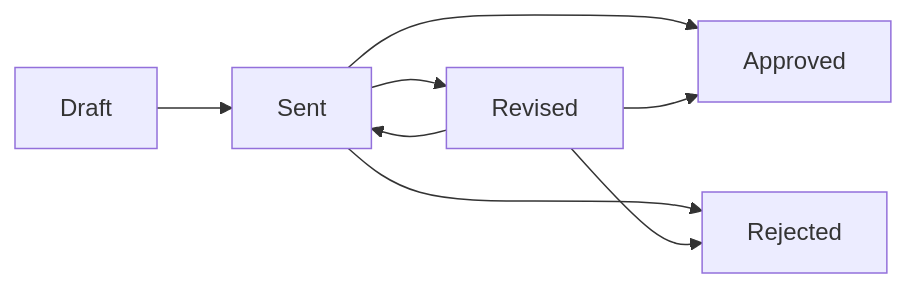
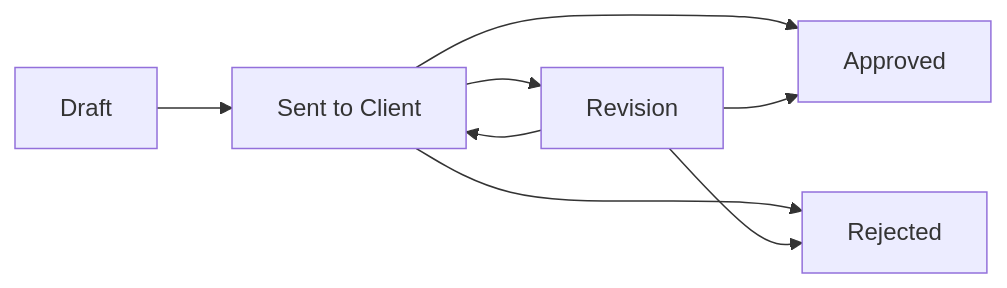
One commit to saharailal2020-code/ResearchAI changed the diagram in 11_Documentation/WF-001_Proposal_Workflow_MVP_v0.1.md. Above: the diagram before and after it, drawn with Mermaid. The commit also changed other lines of this file, not shown here.

````diff
--- a/11_Documentation/WF-001_Proposal_Workflow_MVP_v0.1.md
+++ b/11_Documentation/WF-001_Proposal_Workflow_MVP_v0.1.md
@@ -52,10 +54,10 @@
 ```mermaid
 flowchart LR
-    Draft["Draft"] --> Sent["Sent"]
-    Sent --> Revised["Revised"]
-    Revised --> Sent
+    Draft["Draft"] --> Sent["Sent to Client"]
+    Sent --> Revision["Revision"]
+    Revision --> Sent
     Sent --> Approved["Approved"]
     Sent --> Rejected["Rejected"]
-    Revised --> Approved
-    Revised --> Rejected
+    Revision --> Approved
+    Revision --> Rejected
 ```
````
